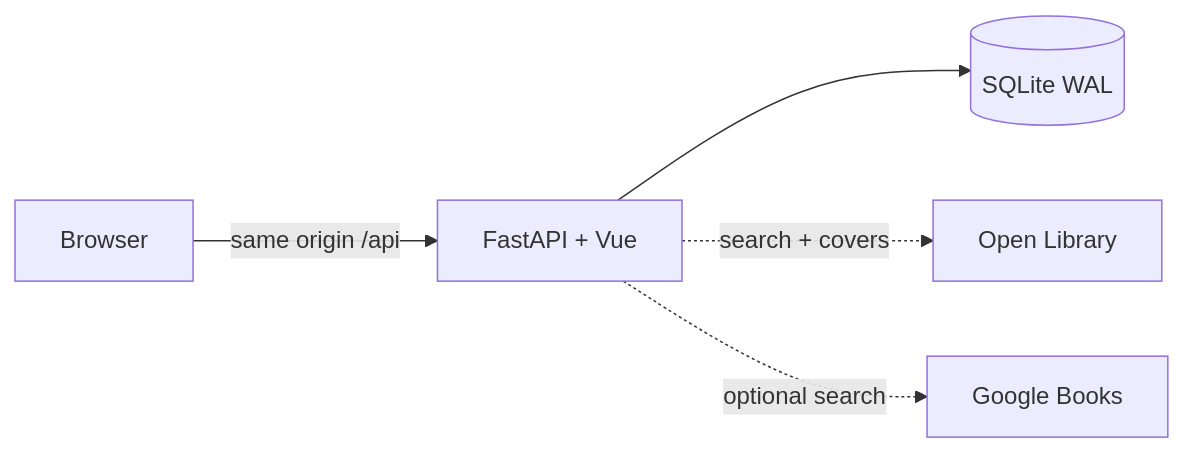
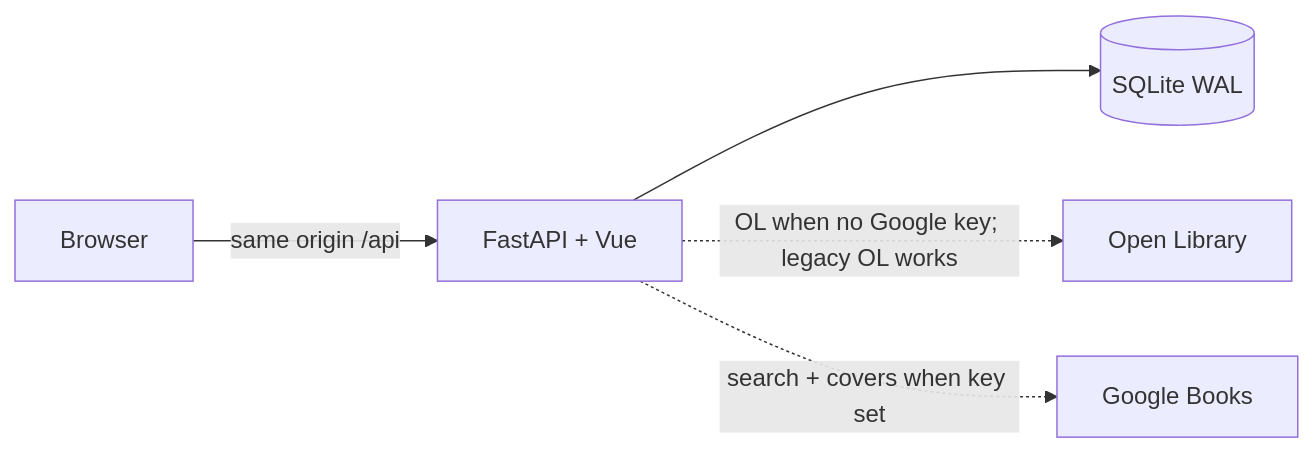
The diagram in README.md (rafiistcool/bookclub), drawn with Mermaid before and after one commit. The commit also changed other lines of this file and 36 other files, not shown here.

First line of the commit message:
Use Google Books only when an API key is set

````diff
--- a/README.md
+++ b/README.md
@@ -122,7 +122,7 @@
 ```mermaid
 flowchart LR
   Browser -->|"same origin /api"| App["FastAPI + Vue"]
   App --> DB[("SQLite WAL")]
-  App -.->|"search + covers"| OL[Open Library]
-  App -.->|"optional search"| GB[Google Books]
+  App -.->|"OL when no Google key; legacy OL works"| OL[Open Library]
+  App -.->|"search + covers when key set"| GB[Google Books]
 ```
````
